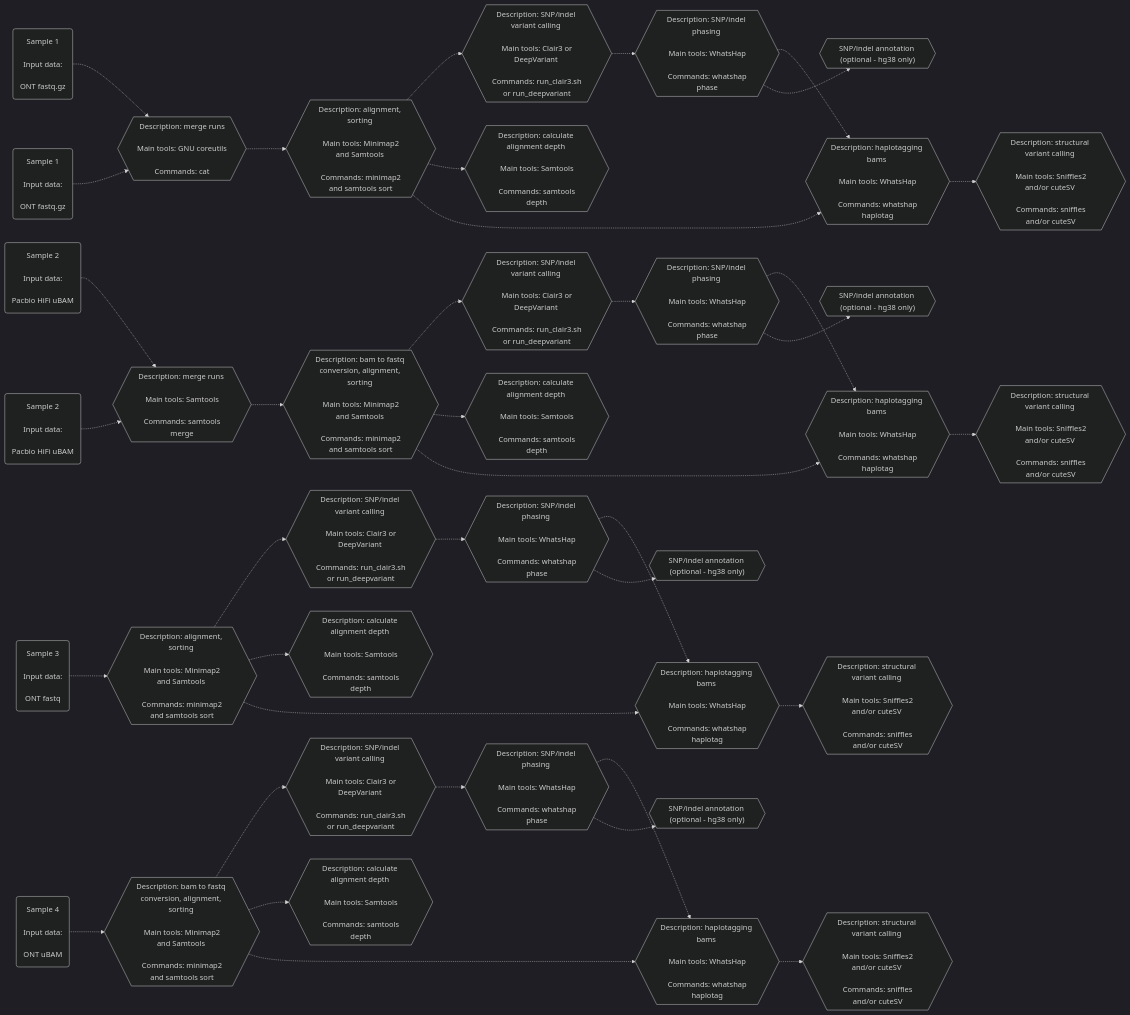
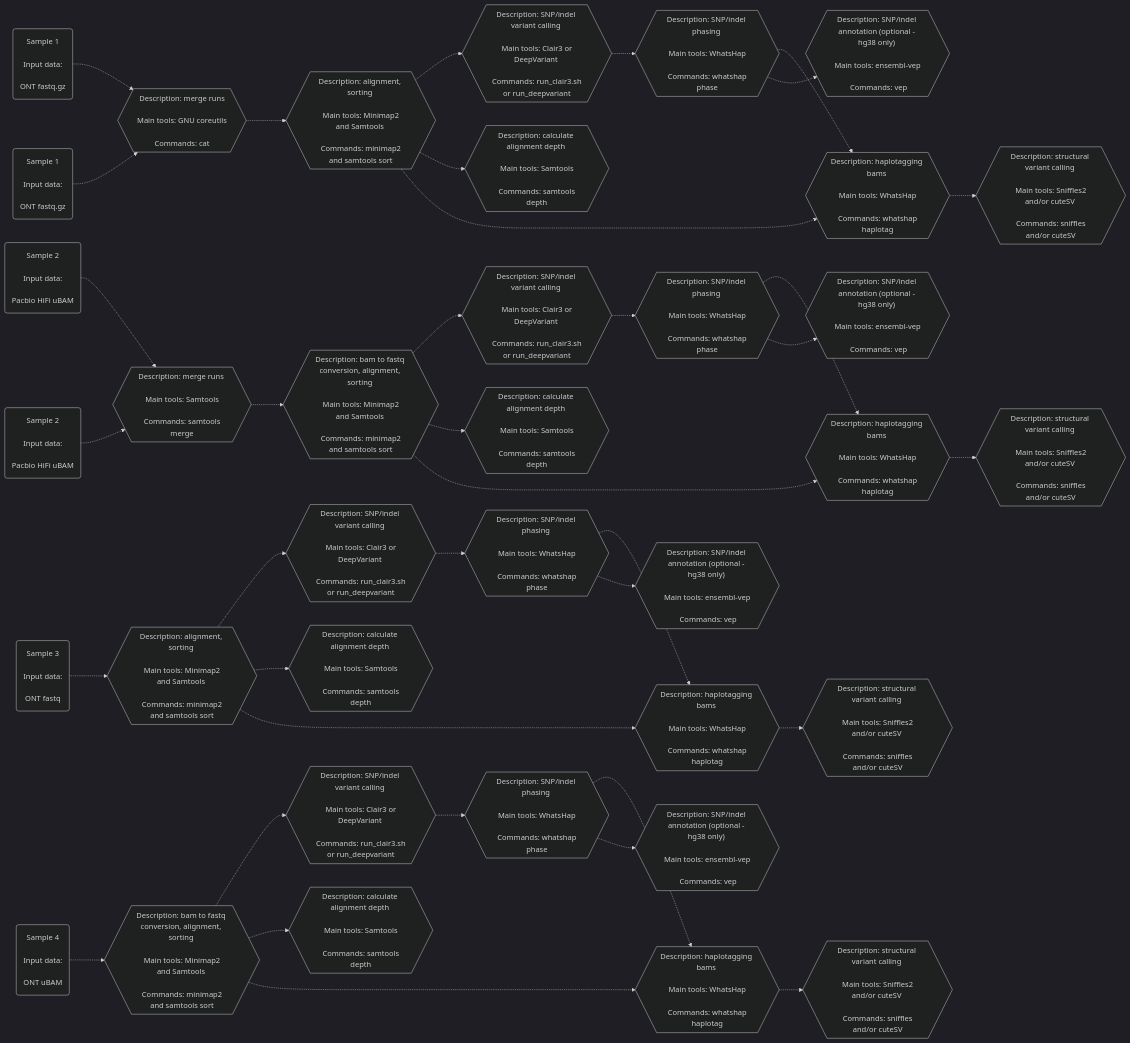
The second of 2 diagrams in README.md (leahkemp/pipeface), drawn with Mermaid before and after one commit.

Commit message:
extend description of vep process and fix newlines in mermaid plots

````diff
--- a/README.md
+++ b/README.md
@@ -39,73 +39,73 @@
 ```mermaid
 %%{init: {'theme':'dark'}}%%
 flowchart LR
 
-ont_data_f1("Sample 1 \n\n Input data: \n\n ONT fastq.gz")
-ont_data_f2("Sample 1 \n\n Input data: \n\n ONT fastq.gz")
-pacbio_data_f3("Sample 2 \n\n Input data: \n\n Pacbio HiFi uBAM")
-pacbio_data_f4("Sample 2 \n\n Input data: \n\n Pacbio HiFi uBAM")
-ont_data_f5("Sample 3 \n\n Input data: \n\n ONT fastq")
-ont_data_f6("Sample 4 \n\n Input data: \n\n ONT uBAM")
+ont_data_f1("Sample 1 <br><br> Input data: <br><br> ONT fastq.gz")
+ont_data_f2("Sample 1 <br><br> Input data: <br><br> ONT fastq.gz")
+pacbio_data_f3("Sample 2 <br><br> Input data: <br><br> Pacbio HiFi uBAM")
+pacbio_data_f4("Sample 2 <br><br> Input data: <br><br> Pacbio HiFi uBAM")
+ont_data_f5("Sample 3 <br><br> Input data: <br><br> ONT fastq")
+ont_data_f6("Sample 4 <br><br> Input data: <br><br> ONT uBAM")
 
-merging_m1{{"Description: merge runs \n\n Main tools: GNU coreutils \n\n Commands: cat"}}
-merging_m2{{"Description: merge runs \n\n Main tools: Samtools \n\n Commands: samtools merge"}}
+merging_m1{{"Description: merge runs <br><br> Main tools: GNU coreutils <br><br> Commands: cat"}}
+merging_m2{{"Description: merge runs <br><br> Main tools: Samtools <br><br> Commands: samtools merge"}}
 
-alignment_s1{{"Description: alignment, sorting \n\n Main tools: Minimap2 and Samtools \n\n Commands: minimap2 and samtools sort"}}
-alignment_s2{{"Description: alignment, sorting \n\n Main tools: Minimap2 and Samtools \n\n Commands: minimap2 and samtools sort"}}
-alignment_s3{{"Description: bam to fastq conversion, alignment, sorting \n\n Main tools: Minimap2 and Samtools \n\n Commands: minimap2 and samtools sort"}}
-alignment_s4{{"Description: bam to fastq conversion, alignment, sorting \n\n Main tools: Minimap2 and Samtools \n\n Commands: minimap2 and samtools sort"}}
+alignment_s1{{"Description: alignment, sorting <br><br> Main tools: Minimap2 and Samtools <br><br> Commands: minimap2 and samtools sort"}}
+alignment_s2{{"Description: alignment, sorting <br><br> Main tools: Minimap2 and Samtools <br><br> Commands: minimap2 and samtools sort"}}
+alignment_s3{{"Description: bam to fastq conversion, alignment, sorting <br><br> Main tools: Minimap2 and Samtools <br><br> Commands: minimap2 and samtools sort"}}
+alignment_s4{{"Description: bam to fastq conversion, alignment, sorting <br><br> Main tools: Minimap2 and Samtools <br><br> Commands: minimap2 and samtools sort"}}
 
-depth_s1{{"Description: calculate alignment depth \n\n Main tools: Samtools \n\n Commands: samtools depth"}}
-depth_s2{{"Description: calculate alignment depth \n\n Main tools: Samtools \n\n Commands: samtools depth"}}
-depth_s3{{"Description: calculate alignment depth \n\n Main tools: Samtools \n\n Commands: samtools depth"}}
-depth_s4{{"Description: calculate alignment depth \n\n Main tools: Samtools \n\n Commands: samtools depth"}}
+depth_s1{{"Description: calculate alignment depth <br><br> Main tools: Samtools <br><br> Commands: samtools depth"}}
+depth_s2{{"Description: calculate alignment depth <br><br> Main tools: Samtools <br><br> Commands: samtools depth"}}
+depth_s3{{"Description: calculate alignment depth <br><br> Main tools: Samtools <br><br> Commands: samtools depth"}}
+depth_s4{{"Description: calculate alignment depth <br><br> Main tools: Samtools <br><br> Commands: samtools depth"}}
 
-snp_indel_calling_s1{{"Description: SNP/indel variant calling \n\n Main tools: Clair3 or DeepVariant \n\n Commands: run_clair3.sh or run_deepvariant"}}
-snp_indel_calling_s2{{"Description: SNP/indel variant calling \n\n Main tools: Clair3 or DeepVariant \n\n Commands: run_clair3.sh or run_deepvariant"}}
-snp_indel_calling_s3{{"Description: SNP/indel variant calling \n\n Main tools: Clair3 or DeepVariant \n\n Commands: run_clair3.sh or run_deepvariant"}}
-snp_indel_calling_s4{{"Description: SNP/indel variant calling \n\n Main tools: Clair3 or DeepVariant \n\n Commands: run_clair3.sh or run_deepvariant"}}
+snp_indel_calling_s1{{"Description: SNP/indel variant calling <br><br> Main tools: Clair3 or DeepVariant <br><br> Commands: run_clair3.sh or run_deepvariant"}}
+snp_indel_calling_s2{{"Description: SNP/indel variant calling <br><br> Main tools: Clair3 or DeepVariant <br><br> Commands: run_clair3.sh or run_deepvariant"}}
+snp_indel_calling_s3{{"Description: SNP/indel variant calling <br><br> Main tools: Clair3 or DeepVariant <br><br> Commands: run_clair3.sh or run_deepvariant"}}
+snp_indel_calling_s4{{"Description: SNP/indel variant calling <br><br> Main tools: Clair3 or DeepVariant <br><br> Commands: run_clair3.sh or run_deepvariant"}}
 
-snp_indel_phasing_s1{{"Description: SNP/indel phasing \n\n Main tools: WhatsHap \n\n Commands: whatshap phase"}}
-snp_indel_phasing_s2{{"Description: SNP/indel phasing \n\n Main tools: WhatsHap \n\n Commands: whatshap phase"}}
-snp_indel_phasing_s3{{"Description: SNP/indel phasing \n\n Main tools: WhatsHap \n\n Commands: whatshap phase"}}
-snp_indel_phasing_s4{{"Description: SNP/indel phasing \n\n Main tools: WhatsHap \n\n Commands: whatshap phase"}}
+snp_indel_phasing_s1{{"Description: SNP/indel phasing <br><br> Main tools: WhatsHap <br><br> Commands: whatshap phase"}}
+snp_indel_phasing_s2{{"Description: SNP/indel phasing <br><br> Main tools: WhatsHap <br><br> Commands: whatshap phase"}}
+snp_indel_phasing_s3{{"Description: SNP/indel phasing <br><br> Main tools: WhatsHap <br><br> Commands: whatshap phase"}}
+snp_indel_phasing_s4{{"Description: SNP/indel phasing <br><br> Main tools: WhatsHap <br><br> Commands: whatshap phase"}}
 
-snp_indel_annotation_s1{{"SNP/indel annotation (optional - hg38 only)"}}
-snp_indel_annotation_s2{{"SNP/indel annotation (optional - hg38 only)"}}
-snp_indel_annotation_s3{{"SNP/indel annotation (optional - hg38 only)"}}
-snp_indel_annotation_s4{{"SNP/indel annotation (optional - hg38 only)"}}
+snp_indel_annotation_s1{{"Description: SNP/indel annotation (optional - hg38 only)" <br><br> Main tools: ensembl-vep <br><br> Commands: vep}}
+snp_indel_annotation_s2{{"Description: SNP/indel annotation (optional - hg38 only)" <br><br> Main tools: ensembl-vep <br><br> Commands: vep}}
+snp_indel_annotation_s3{{"Description: SNP/indel annotation (optional - hg38 only)" <br><br> Main tools: ensembl-vep <br><br> Commands: vep}}
+snp_indel_annotation_s4{{"Description: SNP/indel annotation (optional - hg38 only)" <br><br> Main tools: ensembl-vep <br><br> Commands: vep}}
 
-haplotagging_s1{{"Description: haplotagging bams \n\n Main tools: WhatsHap \n\n Commands: whatshap haplotag"}}
-haplotagging_s2{{"Description: haplotagging bams \n\n Main tools: WhatsHap \n\n Commands: whatshap haplotag"}}
-haplotagging_s3{{"Description: haplotagging bams \n\n Main tools: WhatsHap \n\n Commands: whatshap haplotag"}}
-haplotagging_s4{{"Description: haplotagging bams \n\n Main tools: WhatsHap \n\n Commands: whatshap haplotag"}}
+haplotagging_s1{{"Description: haplotagging bams <br><br> Main tools: WhatsHap <br><br> Commands: whatshap haplotag"}}
+haplotagging_s2{{"Description: haplotagging bams <br><br> Main tools: WhatsHap <br><br> Commands: whatshap haplotag"}}
+haplotagging_s3{{"Description: haplotagging bams <br><br> Main tools: WhatsHap <br><br> Commands: whatshap haplotag"}}
+haplotagging_s4{{"Description: haplotagging bams <br><br> Main tools: WhatsHap <br><br> Commands: whatshap haplotag"}}
 
-sv_calling_s1{{"Description: structural variant calling \n\n Main tools: Sniffles2 and/or cuteSV \n\n Commands: sniffles and/or cuteSV"}}
-sv_calling_s2{{"Description: structural variant calling \n\n Main tools: Sniffles2 and/or cuteSV \n\n Commands: sniffles and/or cuteSV"}}
-sv_calling_s3{{"Description: structural variant calling \n\n Main tools: Sniffles2 and/or cuteSV \n\n Commands: sniffles and/or cuteSV"}}
-sv_calling_s4{{"Description: structural variant calling \n\n Main tools: Sniffles2 and/or cuteSV \n\n Commands: sniffles and/or cuteSV"}}
+sv_calling_s1{{"Description: structural variant calling <br><br> Main tools: Sniffles2 and/or cuteSV <br><br> Commands: sniffles and/or cuteSV"}}
+sv_calling_s2{{"Description: structural variant calling <br><br> Main tools: Sniffles2 and/or cuteSV <br><br> Commands: sniffles and/or cuteSV"}}
+sv_calling_s3{{"Description: structural variant calling <br><br> Main tools: Sniffles2 and/or cuteSV <br><br> Commands: sniffles and/or cuteSV"}}
+sv_calling_s4{{"Description: structural variant calling <br><br> Main tools: Sniffles2 and/or cuteSV <br><br> Commands: sniffles and/or cuteSV"}}
 
 ont_data_f1-.->merging_m1-.->alignment_s1-.->snp_indel_calling_s1-.->snp_indel_phasing_s1-.->haplotagging_s1-.->sv_calling_s1
 ont_data_f2-.->merging_m1
 ont_data_f5-.->alignment_s2-.->snp_indel_calling_s2-.->snp_indel_phasing_s2-.->haplotagging_s2-.->sv_calling_s2
 ont_data_f6-.->alignment_s3-.->snp_indel_calling_s3-.->snp_indel_phasing_s3-.->haplotagging_s3-.->sv_calling_s3
 
 pacbio_data_f3-.->merging_m2-.->alignment_s4-.->snp_indel_calling_s4-.->snp_indel_phasing_s4-.->haplotagging_s4-.->sv_calling_s4
 pacbio_data_f4-.->merging_m2
 
 alignment_s1-.->depth_s1
 alignment_s2-.->depth_s2
 alignment_s3-.->depth_s3
 alignment_s4-.->depth_s4
 
 alignment_s1-.->haplotagging_s1
 alignment_s2-.->haplotagging_s2
 alignment_s3-.->haplotagging_s3
 alignment_s4-.->haplotagging_s4
 
 snp_indel_phasing_s1-.->snp_indel_annotation_s1
 snp_indel_phasing_s2-.->snp_indel_annotation_s2
 snp_indel_phasing_s3-.->snp_indel_annotation_s3
 snp_indel_phasing_s4-.->snp_indel_annotation_s4
 
 ```
````
